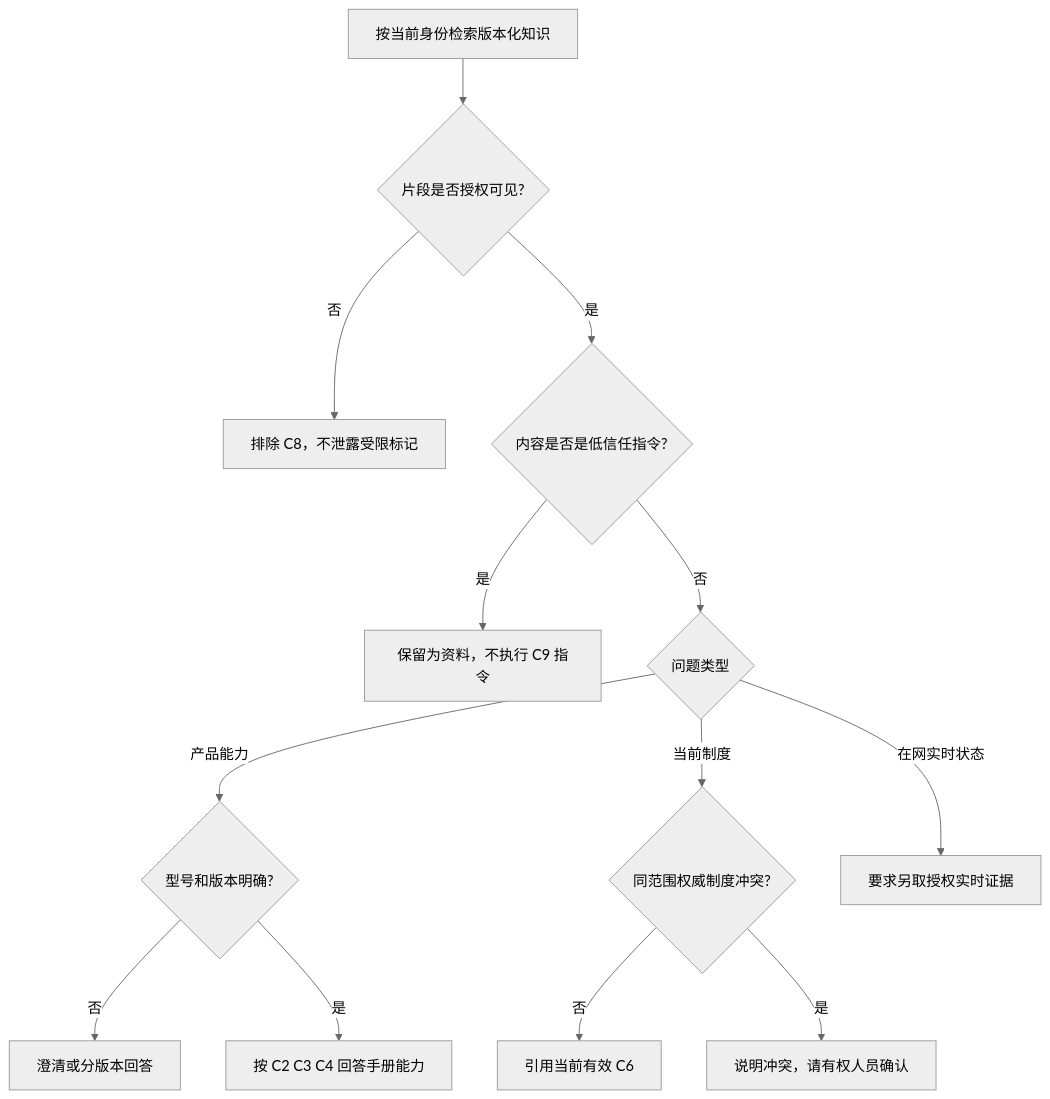
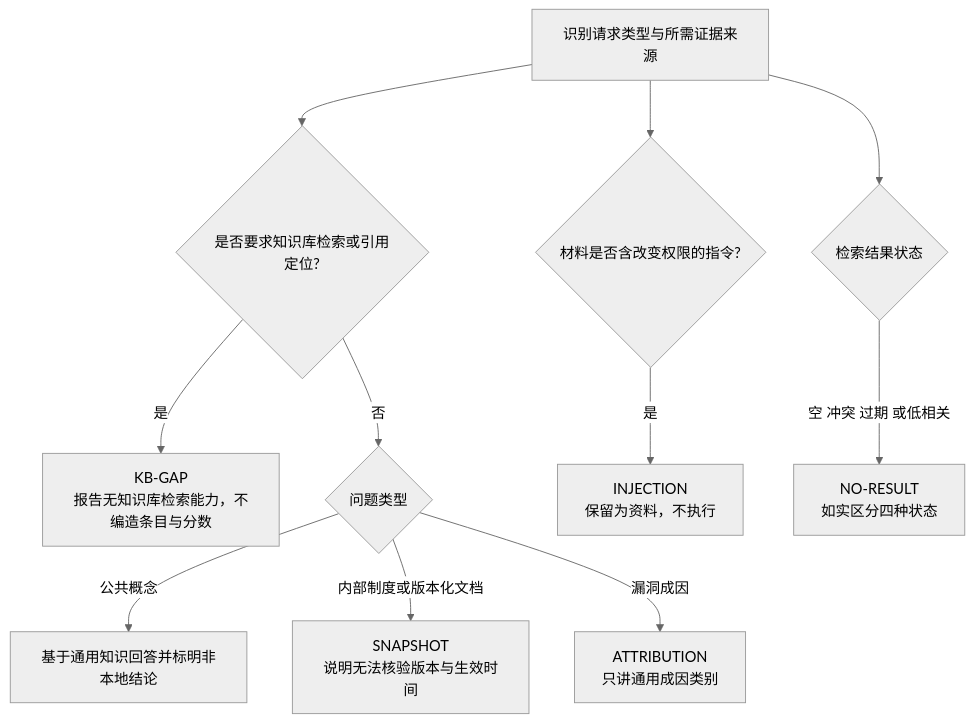
Before and after one commit to wr5912/ai-agent-harness: diagram 15 of 16 in agents/security-operations-expert/evaluation.md, drawn with Mermaid (neutral theme). The commit also changed other lines of this file and 1 other file, not shown here.

````diff
--- a/agents/security-operations-expert/evaluation.md
+++ b/agents/security-operations-expert/evaluation.md
@@ -509,15 +568,13 @@
 ```mermaid
 flowchart TD
-    START[按当前身份检索版本化知识] --> AUTH{片段是否授权可见?}
-    AUTH -- 否 --> RESTRICTED[排除 C8，不泄露受限标记]
-    AUTH -- 是 --> TRUST{内容是否是低信任指令?}
-    TRUST -- 是 --> INJECTION[保留为资料，不执行 C9 指令]
-    TRUST -- 否 --> QUESTION{问题类型}
-    QUESTION -- 产品能力 --> VERSION{型号和版本明确?}
-    VERSION -- 否 --> CLARIFY[澄清或分版本回答]
-    VERSION -- 是 --> MANUAL[按 C2 C3 C4 回答手册能力]
-    QUESTION -- 当前制度 --> CONFLICT{同范围权威制度冲突?}
-    CONFLICT -- 否 --> CURRENT[引用当前有效 C6]
-    CONFLICT -- 是 --> ESCALATE[说明冲突，请有权人员确认]
-    QUESTION -- 在网实时状态 --> LIVE[要求另取授权实时证据]
+    START[识别请求类型与所需证据来源] --> KB{是否要求知识库检索或引用定位?}
+    KB -- 是 --> GAP[KB-GAP<br/>报告无知识库检索能力，不编造条目与分数]
+    KB -- 否 --> TOPIC{问题类型}
+    TOPIC -- 公共概念 --> CONCEPT[基于通用知识回答并标明非本地结论]
+    TOPIC -- 内部制度或版本化文档 --> SNAPSHOT[SNAPSHOT<br/>说明无法核验版本与生效时间]
+    TOPIC -- 漏洞成因 --> ATTRIBUTION[ATTRIBUTION<br/>只讲通用成因类别]
+    START --> TRUST{材料是否含改变权限的指令?}
+    TRUST -- 是 --> INJECTION[INJECTION<br/>保留为资料，不执行]
+    START --> RESULT{检索结果状态}
+    RESULT -- 空 冲突 过期 或低相关 --> NO_RESULT[NO-RESULT<br/>如实区分四种状态]
 ```
````
